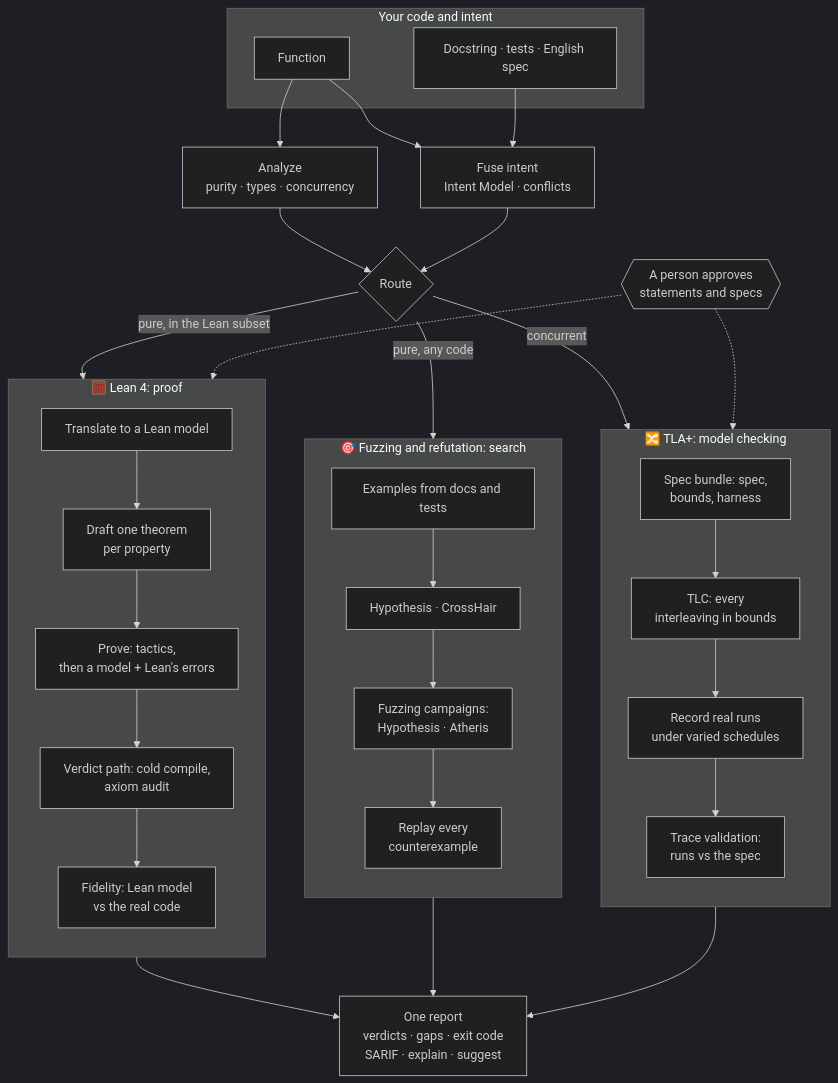
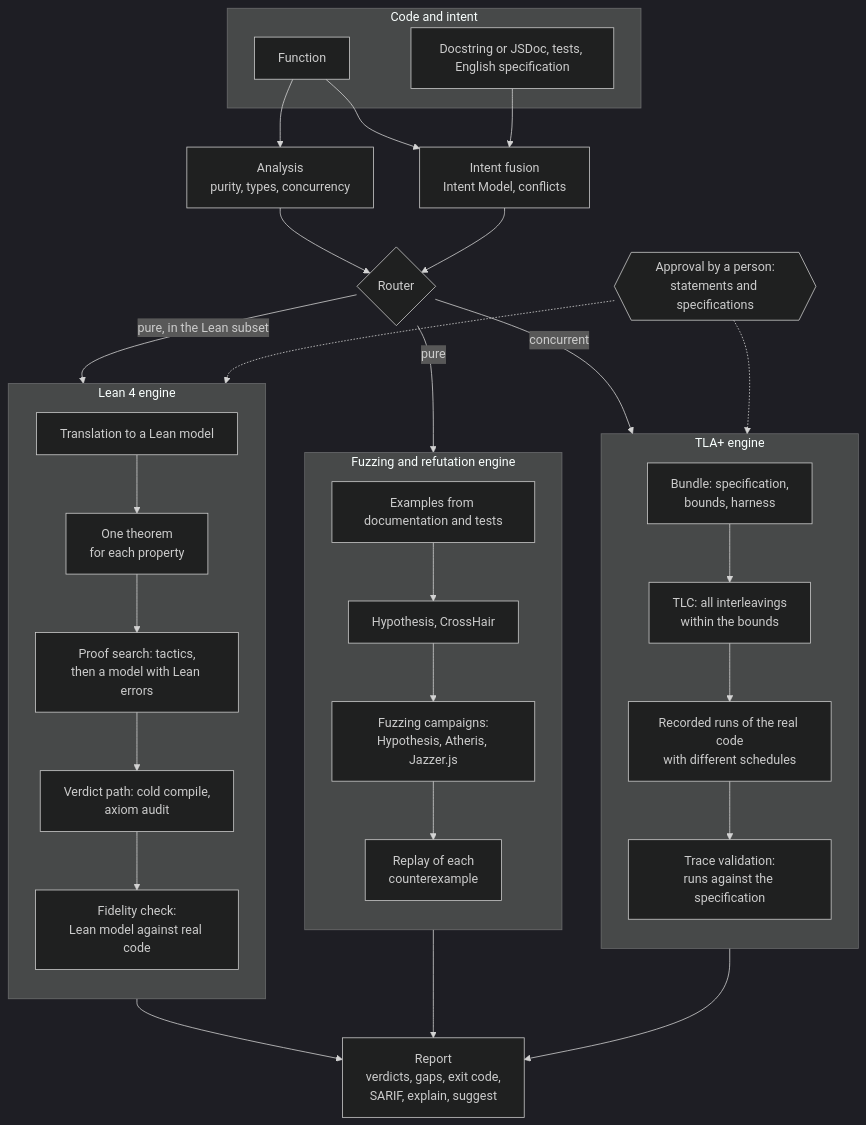
The diagram in README.md (HyperionAI-Tech/apex), drawn with Mermaid (dark theme) before and after one commit. The commit also changed other lines of this file, not shown here.

````diff
--- a/README.md
+++ b/README.md
@@ -492,36 +504,36 @@
 ```mermaid
 flowchart TB
-    subgraph IN["Your code and intent"]
+    subgraph IN["Code and intent"]
       SRC[Function]
-      INT["Docstring · tests · English spec"]
+      INT["Docstring or JSDoc, tests, English specification"]
     end
-    SRC --> AN["Analyze<br/>purity · types · concurrency"]
-    SRC & INT --> FU["Fuse intent<br/>Intent Model · conflicts"]
-    AN --> RT{Route}
+    SRC --> AN["Analysis<br/>purity, types, concurrency"]
+    SRC & INT --> FU["Intent fusion<br/>Intent Model, conflicts"]
+    AN --> RT{Router}
     FU --> RT
     RT -- "pure, in the Lean subset" --> LEAN
-    RT -- "pure, any code" --> FUZZ
+    RT -- "pure" --> FUZZ
     RT -- "concurrent" --> TLA
-    subgraph LEAN["🧮 Lean 4: proof"]
+    subgraph LEAN["Lean 4 engine"]
       direction TB
-      L1["Translate to a Lean model"] --> L2["Draft one theorem<br/>per property"]
-      L2 --> L3["Prove: tactics,<br/>then a model + Lean's errors"]
+      L1["Translation to a Lean model"] --> L2["One theorem<br/>for each property"]
+      L2 --> L3["Proof search: tactics,<br/>then a model with Lean errors"]
       L3 --> L4["Verdict path: cold compile,<br/>axiom audit"]
-      L4 --> L5["Fidelity: Lean model<br/>vs the real code"]
+      L4 --> L5["Fidelity check:<br/>Lean model against real code"]
     end
-    subgraph FUZZ["🎯 Fuzzing and refutation: search"]
+    subgraph FUZZ["Fuzzing and refutation engine"]
       direction TB
-      F1["Examples from docs and tests"] --> F2["Hypothesis · CrossHair"]
-      F2 --> F3["Fuzzing campaigns:<br/>Hypothesis · Atheris"]
-      F3 --> F4["Replay every<br/>counterexample"]
+      F1["Examples from documentation and tests"] --> F2["Hypothesis, CrossHair"]
+      F2 --> F3["Fuzzing campaigns:<br/>Hypothesis, Atheris, Jazzer.js"]
+      F3 --> F4["Replay of each<br/>counterexample"]
     end
-    subgraph TLA["🔀 TLA+: model checking"]
+    subgraph TLA["TLA+ engine"]
       direction TB
-      T1["Spec bundle: spec,<br/>bounds, harness"] --> T2["TLC: every<br/>interleaving in bounds"]
-      T2 --> T3["Record real runs<br/>under varied schedules"]
-      T3 --> T4["Trace validation:<br/>runs vs the spec"]
+      T1["Bundle: specification,<br/>bounds, harness"] --> T2["TLC: all interleavings<br/>within the bounds"]
+      T2 --> T3["Recorded runs of the real code<br/>with different schedules"]
+      T3 --> T4["Trace validation:<br/>runs against the specification"]
     end
-    AP{{"A person approves<br/>statements and specs"}} -.-> LEAN
+    AP{{"Approval by a person:<br/>statements and specifications"}} -.-> LEAN
     AP -.-> TLA
-    LEAN & FUZZ & TLA --> REP["One report<br/>verdicts · gaps · exit code<br/>SARIF · explain · suggest"]
+    LEAN & FUZZ & TLA --> REP["Report<br/>verdicts, gaps, exit code,<br/>SARIF, explain, suggest"]
 ```
````
